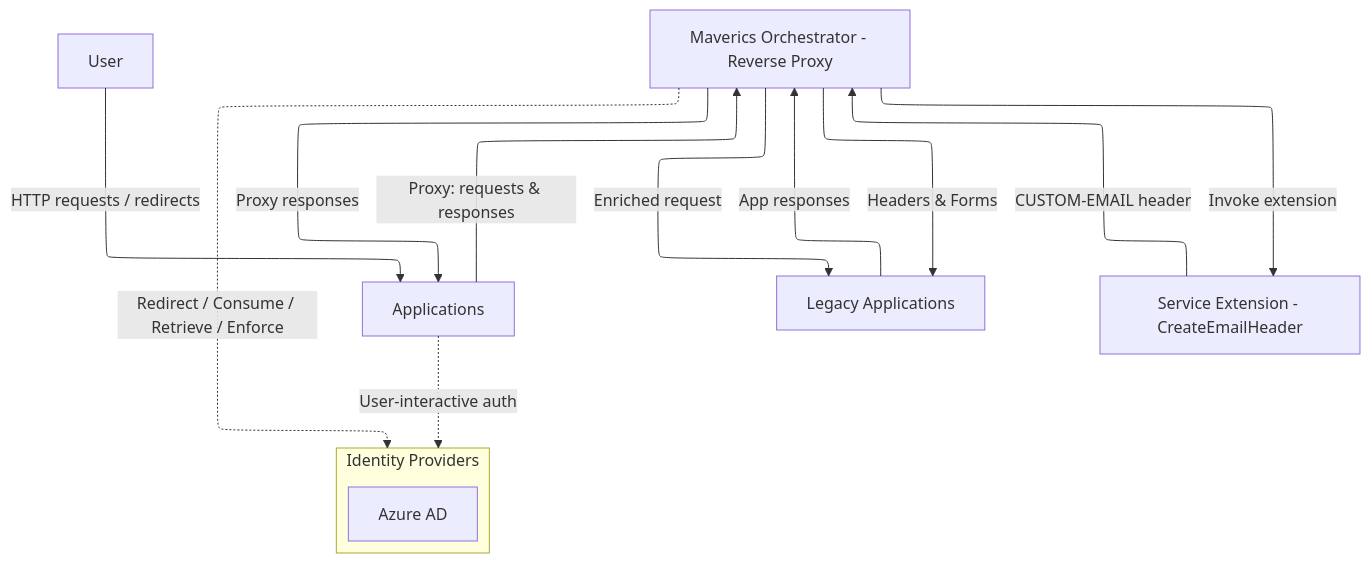
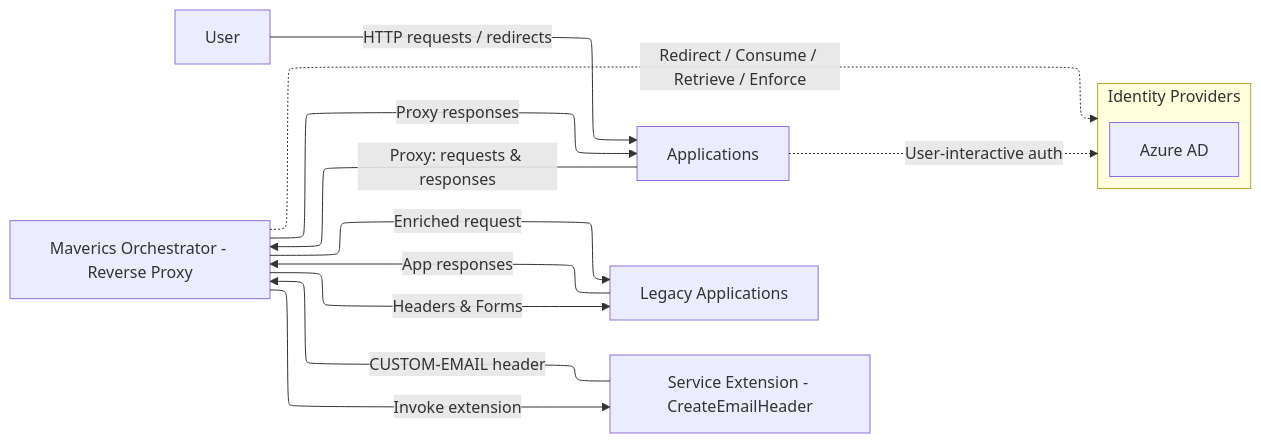
The second of 2 diagrams in tasks/task4-maverics/README.md (gcastill0/go-integration-playground), drawn with Mermaid before and after one commit. The commit also changed other lines of this file, not shown here.

````diff
--- a/tasks/task4-maverics/README.md
+++ b/tasks/task4-maverics/README.md
@@ -125,20 +125,20 @@
 ```mermaid
 ---
 config:
   layout: elk
 ---
-flowchart TB
+flowchart LR
  subgraph IdPs["Identity Providers"]
         AAD["Azure AD"]
   end
     U["User"] -- HTTP requests / redirects --> APP["Applications"]
     APP -- Proxy: requests & responses --> M["Maverics Orchestrator - Reverse Proxy"]
     M -- Headers & Forms --> L["Legacy Applications"]
     L -- App responses --> M
     M -- Proxy responses --> APP
     APP -. "User-interactive auth" .-> IdPs
     M -. Redirect / Consume / Retrieve / Enforce .-> IdPs
     M -- Invoke extension --> SE["Service Extension - CreateEmailHeader"]
     SE -- "CUSTOM-EMAIL header" --> M
     M -- Enriched request --> L
 ```
````
